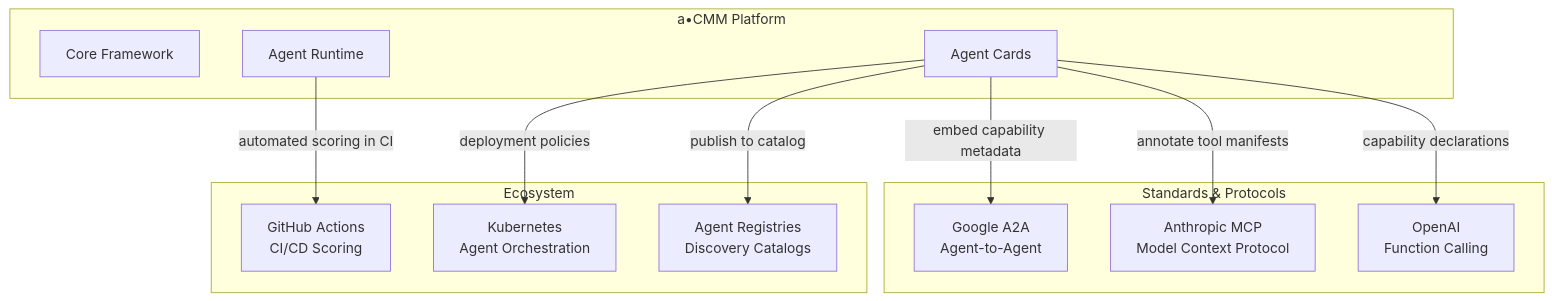
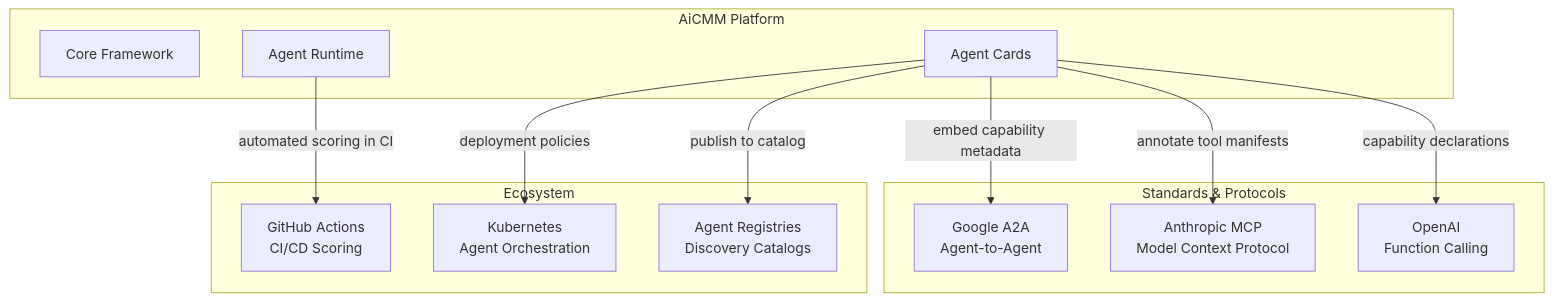
Before and after one commit to snchande/Arima-AiCMM: the seventh of 8 diagrams in docs/architecture/platform-architecture.md, drawn with Mermaid. The commit also changed other lines of this file and 56 other files, not shown here.

````diff
--- a/docs/architecture/platform-architecture.md
+++ b/docs/architecture/platform-architecture.md
@@ -425,28 +425,28 @@
 ```mermaid
 graph TB
-    subgraph "a•CMM Platform"
+    subgraph "AiCMM Platform"
         Core["Core Framework"]
         RT["Agent Runtime"]
         Cards["Agent Cards"]
     end
 
     subgraph "Standards & Protocols"
         A2A["Google A2A<br/>Agent-to-Agent"]
         MCP_P["Anthropic MCP<br/>Model Context Protocol"]
         OAI["OpenAI<br/>Function Calling"]
     end
 
     subgraph "Ecosystem"
         GH["GitHub Actions<br/>CI/CD Scoring"]
         K8s["Kubernetes<br/>Agent Orchestration"]
         Reg["Agent Registries<br/>Discovery Catalogs"]
     end
 
     Cards -->|"embed capability metadata"| A2A
     Cards -->|"annotate tool manifests"| MCP_P
     Cards -->|"capability declarations"| OAI
 
     RT -->|"automated scoring in CI"| GH
     Cards -->|"deployment policies"| K8s
     Cards -->|"publish to catalog"| Reg
 ```
````
